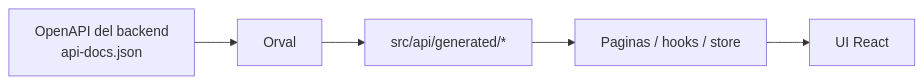
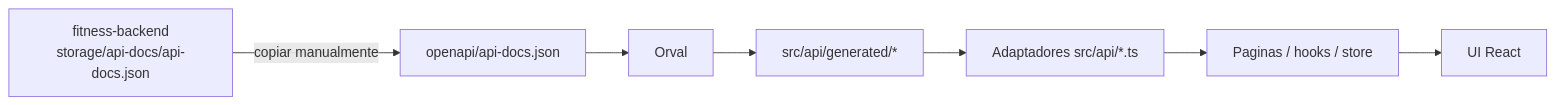
Before and after one commit to Oswaldo-Valadez/fitness-frontend: the diagram in docs/architecture.md, drawn with Mermaid. The commit also changed other lines of this file and 241 other files, not shown here.

````diff
--- a/docs/architecture.md
+++ b/docs/architecture.md
@@ -17,7 +21,9 @@
 ```mermaid
 flowchart LR
-    A[OpenAPI del backend\napi-docs.json] --> B[Orval]
+    A[fitness-backend\nstorage/api-docs/api-docs.json] -->|copiar manualmente| V[openapi/api-docs.json]
+    V --> B[Orval]
     B --> C[src/api/generated/*]
-    C --> D[Paginas / hooks / store]
-    D --> E[UI React]
+    C --> D[Adaptadores src/api/*.ts]
+    D --> E[Paginas / hooks / store]
+    E --> F[UI React]
 ```
````
